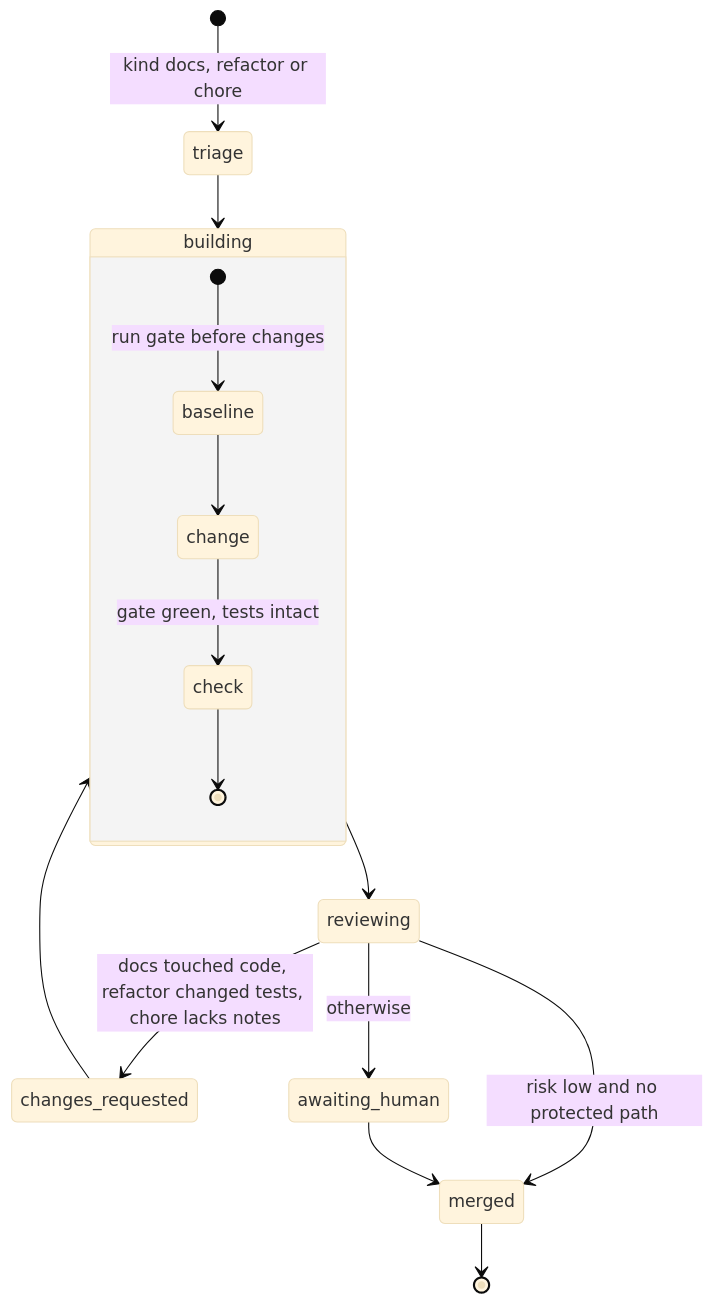
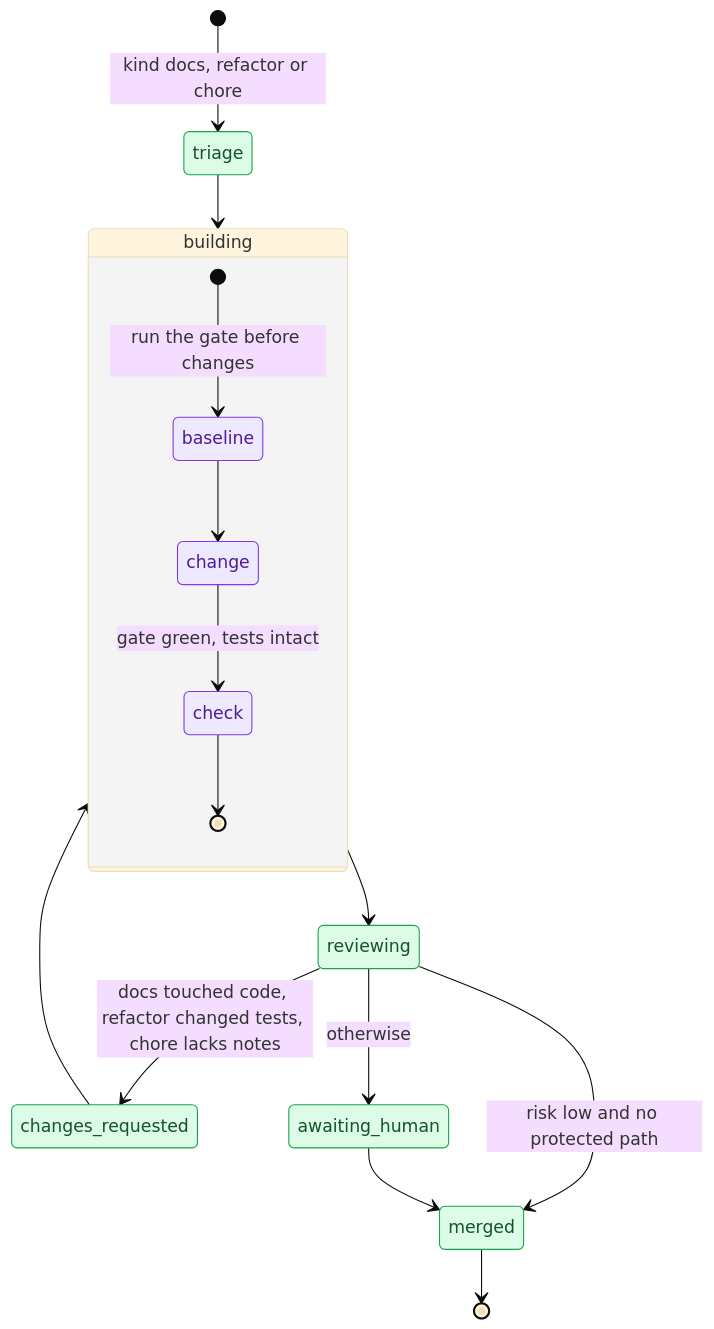
Before and after one commit to icelink-ai/software-factory-manifesto: the fifth of 5 diagrams in docs/01-work-intake/request-kinds.md, drawn with Mermaid (base theme). The commit also changed other lines of this file and 73 other files, not shown here.

````diff
--- a/docs/01-work-intake/request-kinds.md
+++ b/docs/01-work-intake/request-kinds.md
@@ -168,18 +227,25 @@
 ```mermaid
 stateDiagram-v2
     [*] --> triage: kind docs, refactor or chore
     triage --> building
     state building {
-        [*] --> baseline: run gate before changes
+        [*] --> baseline: run the gate before changes
         baseline --> change
         change --> check: gate green, tests intact
         check --> [*]
     }
     building --> reviewing
     reviewing --> changes_requested: docs touched code, refactor changed tests, chore lacks notes
     changes_requested --> building
     reviewing --> merged: risk low and no protected path
     reviewing --> awaiting_human: otherwise
     awaiting_human --> merged
     merged --> [*]
+    class triage,reviewing,changes_requested,awaiting_human,merged state
+    class baseline,change,check agent
+    classDef person fill:#dbeafe,stroke:#2563eb,color:#1e3a8a
+    classDef script fill:#f1f5f9,stroke:#64748b,color:#0f172a
+    classDef agent fill:#ede9fe,stroke:#7c3aed,color:#4c1d95
+    classDef state fill:#dcfce7,stroke:#16a34a,color:#14532d
+    classDef stop fill:#ffedd5,stroke:#ea580c,color:#7c2d12
 ```
````
